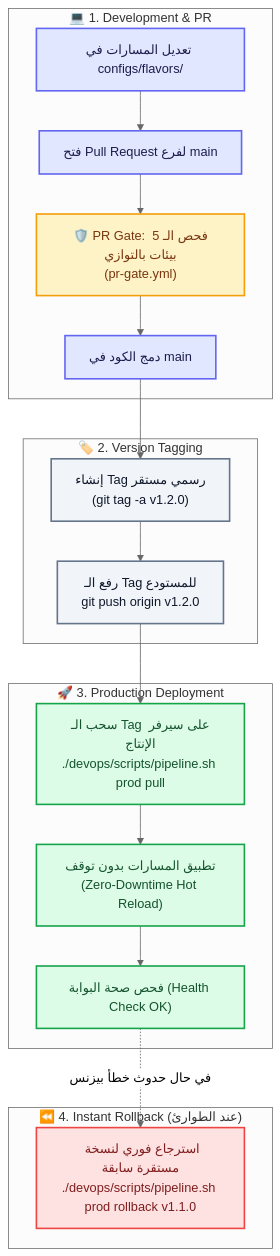
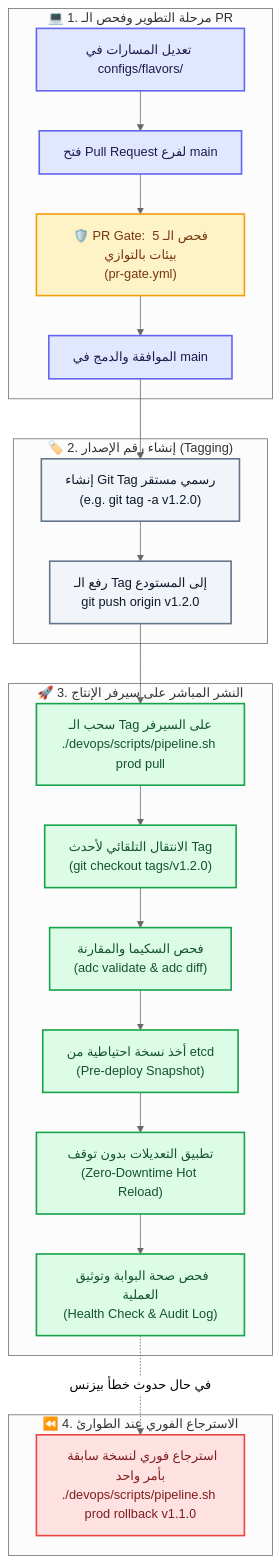
The second of 2 diagrams in README.md (Ma7moud-Eltantawy/apisix_multi_single), drawn with Mermaid (neutral theme) before and after one commit. The commit also changed other lines of this file and 7 other files, not shown here.

````diff
--- a/README.md
+++ b/README.md
@@ -26,34 +127,38 @@
 ```mermaid
 flowchart TD
     %% Styling
     classDef dev fill:#e0e7ff,stroke:#6366f1,stroke-width:2px,color:#1e1b4b;
     classDef git fill:#f1f5f9,stroke:#64748b,stroke-width:2px,color:#0f172a;
     classDef gate fill:#fef3c7,stroke:#f59e0b,stroke-width:2px,color:#78350f;
     classDef prod fill:#dcfce7,stroke:#16a34a,stroke-width:2px,color:#14532d;
     classDef rollback fill:#fee2e2,stroke:#ef4444,stroke-width:2px,color:#7f1d1d;
 
-    subgraph DevPhase [" 💻 1. Development & PR "]
+    subgraph DevPhase [" 💻 1. مرحلة التطوير وفحص الـ PR "]
         DEV["تعديل المسارات في configs/flavors/"]:::dev
         PR["فتح Pull Request لفرع main"]:::dev
         GATE["🛡️ PR Gate: فحص الـ 5 بيئات بالتوازي\n(pr-gate.yml)"]:::gate
-        MERGE["دمج الكود في main"]:::dev
+        MERGE["الموافقة والدمج في main"]:::dev
     end
 
-    subgraph TagPhase [" 🏷️ 2. Version Tagging "]
-        TAG["إنشاء Tag رسمي مستقر\n(git tag -a v1.2.0)"]:::git
-        PUSH_TAG["رفع الـ Tag للمستودع\ngit push origin v1.2.0"]:::git
+    subgraph TagPhase [" 🏷️ 2. إنشاء رقم الإصدار (Tagging) "]
+        TAG["إنشاء Git Tag رسمي مستقر\n(e.g. git tag -a v1.2.0)"]:::git
+        PUSH_TAG["رفع الـ Tag إلى المستودع\ngit push origin v1.2.0"]:::git
     end
 
-    subgraph ProdDeploy [" 🚀 3. Production Deployment "]
-        PULL_TAG["سحب الـ Tag على سيرفر الإنتاج\n./devops/scripts/pipeline.sh prod pull"]:::prod
-        HOT_SYNC["تطبيق المسارات بدون توقف\n(Zero-Downtime Hot Reload)"]:::prod
-        HEALTH["فحص صحة البوابة (Health Check OK)"]:::prod
+    subgraph ProdDeploy [" 🚀 3. النشر المباشر على سيرفر الإنتاج "]
+        PULL_TAG["سحب الـ Tag على السيرفر\n./devops/scripts/pipeline.sh prod pull"]:::prod
+        CHECKOUT["الانتقال التلقائي لأحدث Tag\n(git checkout tags/v1.2.0)"]:::prod
+        VALIDATE["فحص السكيما والمقارنة\n(adc validate & adc diff)"]:::prod
+        BACKUP["أخذ نسخة احتياطية من etcd\n(Pre-deploy Snapshot)"]:::prod
+        HOT_SYNC["تطبيق التعديلات بدون توقف\n(Zero-Downtime Hot Reload)"]:::prod
+        HEALTH["فحص صحة البوابة وتوثيق العملية\n(Health Check & Audit Log)"]:::prod
     end
 
-    subgraph RollbackPhase [" ⏪ 4. Instant Rollback (عند الطوارئ) "]
-        RB["استرجاع فوري لنسخة مستقرة سابقة\n./devops/scripts/pipeline.sh prod rollback v1.1.0"]:::rollback
+    subgraph RollbackPhase [" ⏪ 4. الاسترجاع الفوري عند الطوارئ "]
+        RB["استرجاع فوري لنسخة سابقة بأمر واحد\n./devops/scripts/pipeline.sh prod rollback v1.1.0"]:::rollback
     end
 
-    DEV --> PR --> GATE --> MERGE --> TAG --> PUSH_TAG --> PULL_TAG --> HOT_SYNC --> HEALTH
+    DEV --> PR --> GATE --> MERGE --> TAG --> PUSH_TAG --> PULL_TAG
+    PULL_TAG --> CHECKOUT --> VALIDATE --> BACKUP --> HOT_SYNC --> HEALTH
     HEALTH -.->|في حال حدوث خطأ بيزنس| RB
 ```
````
